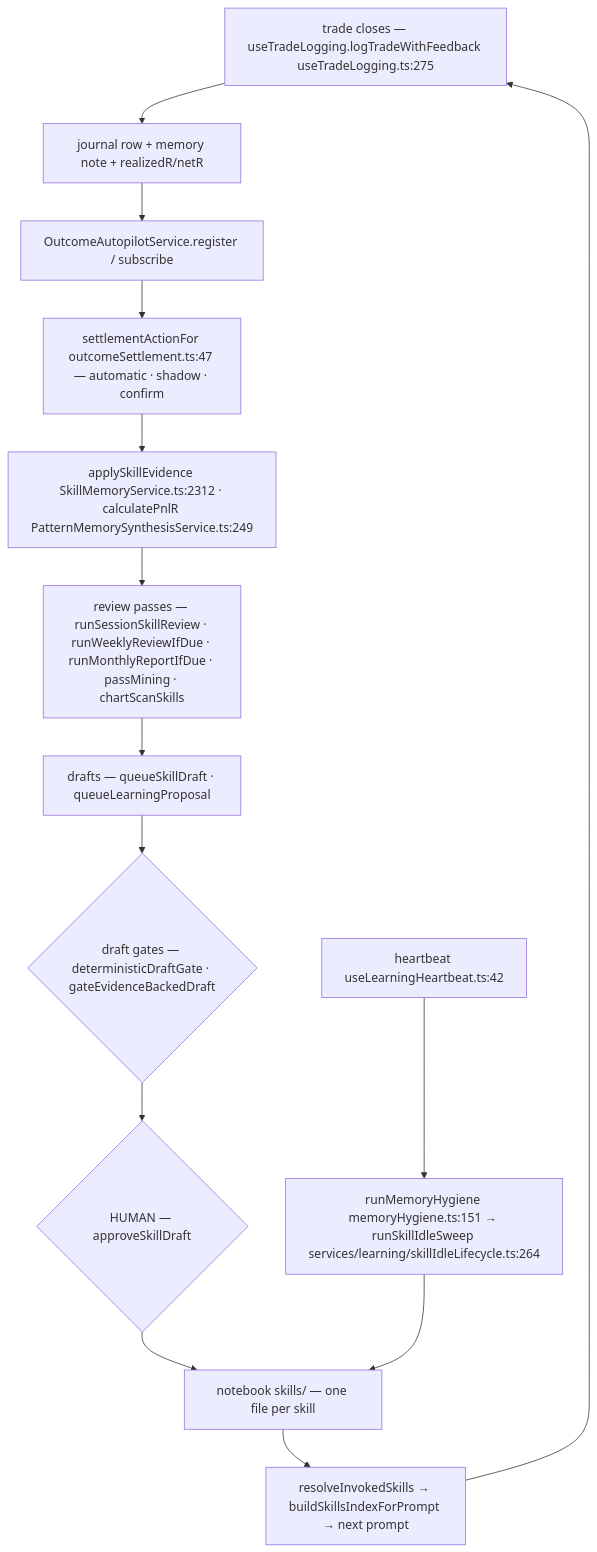
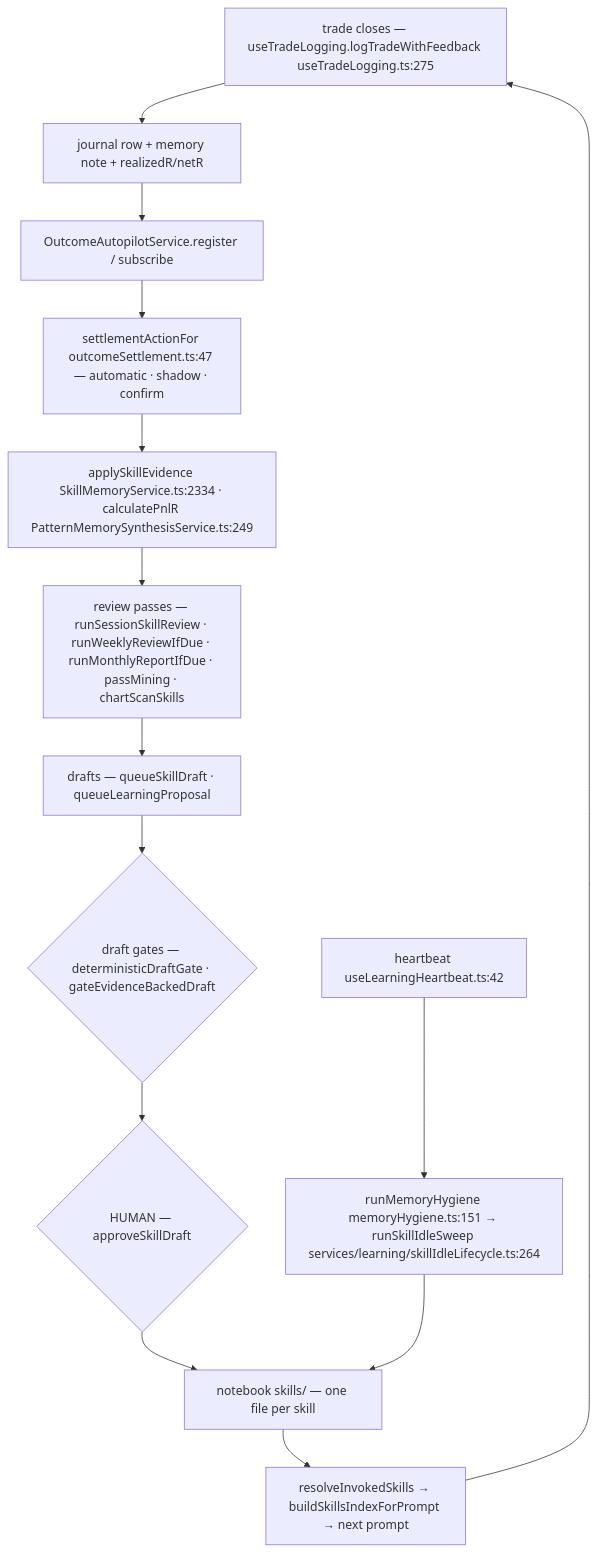
Before and after one commit to Acepay25/august-3.5: the eighth of 8 diagrams in docs/app-flow.md, drawn with Mermaid. The commit also changed other lines of this file and 5 other files, not shown here.

````diff
--- a/docs/app-flow.md
+++ b/docs/app-flow.md
@@ -869,16 +879,16 @@
 ```mermaid
 flowchart TD
     T["trade closes — useTradeLogging.logTradeWithFeedback useTradeLogging.ts:275"] --> J["journal row + memory note + realizedR/netR"]
     J --> A["OutcomeAutopilotService.register / subscribe"]
     A --> S["settlementActionFor outcomeSettlement.ts:47 — automatic · shadow · confirm"]
-    S --> E["applySkillEvidence SkillMemoryService.ts:2312 · calculatePnlR PatternMemorySynthesisService.ts:249"]
+    S --> E["applySkillEvidence SkillMemoryService.ts:2334 · calculatePnlR PatternMemorySynthesisService.ts:249"]
     E --> R["review passes — runSessionSkillReview · runWeeklyReviewIfDue · runMonthlyReportIfDue · passMining · chartScanSkills"]
     R --> D["drafts — queueSkillDraft · queueLearningProposal"]
     D --> G{"draft gates — deterministicDraftGate · gateEvidenceBackedDraft"}
     G --> H{"HUMAN — approveSkillDraft"}
     H --> N["notebook skills/ — one file per skill"]
     N --> I["resolveInvokedSkills → buildSkillsIndexForPrompt → next prompt"]
     I --> T
     X["heartbeat useLearningHeartbeat.ts:42"] --> Y["runMemoryHygiene memoryHygiene.ts:151 → runSkillIdleSweep services/learning/skillIdleLifecycle.ts:264"]
     Y --> N
 ```
````
